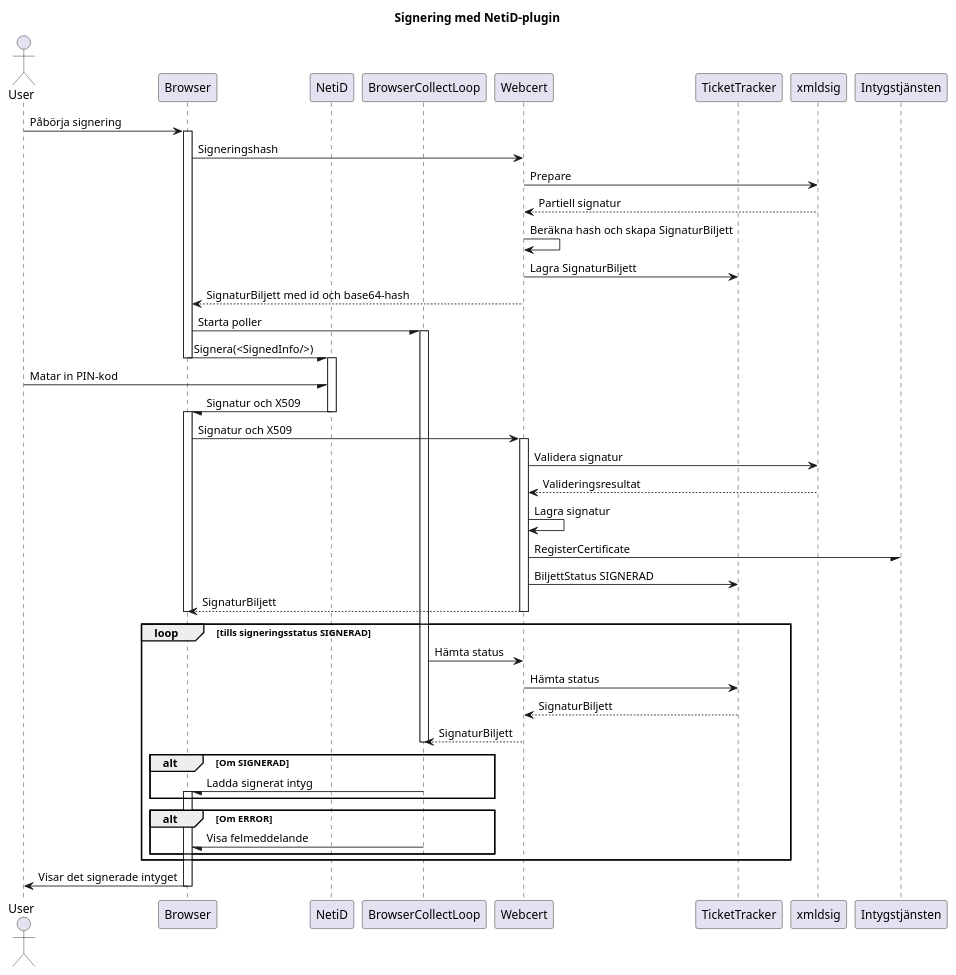
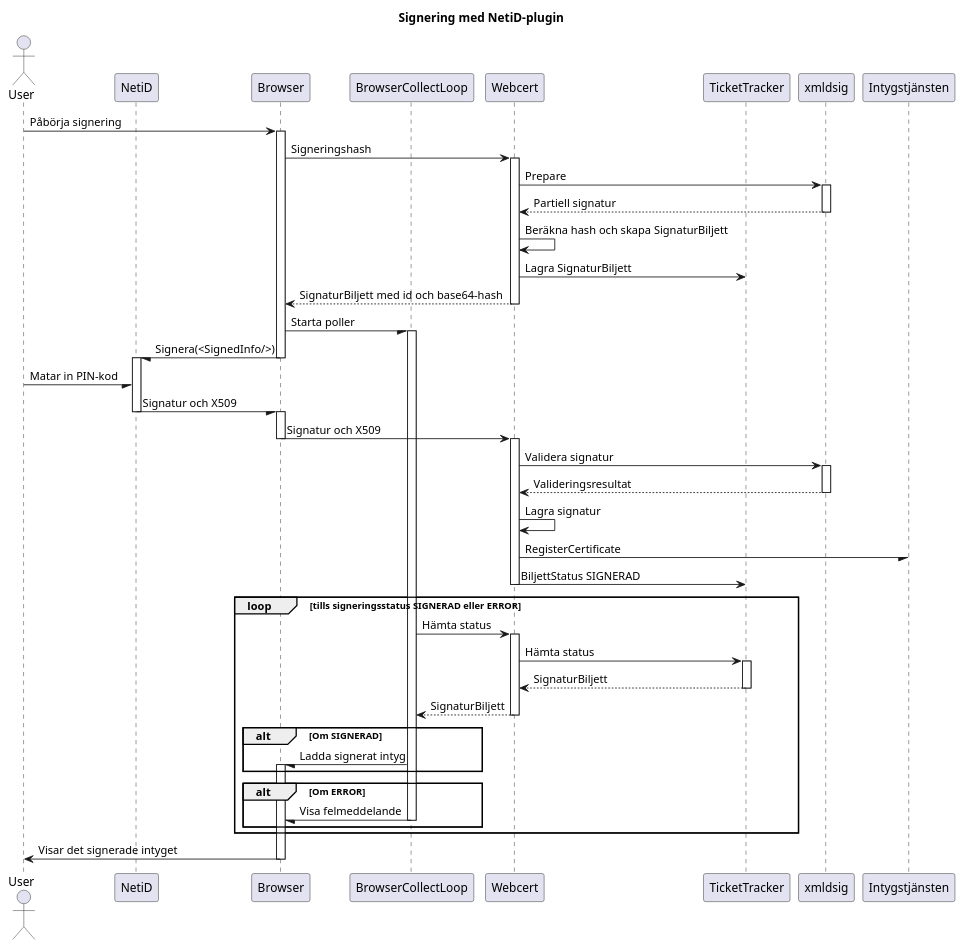
Before and after one commit to sklintyg/webcert: the diagram in docs/plantuml/net-id-sign.puml, drawn with PlantUML. The commit also changed 3 other files, not shown here.

```diff
--- a/docs/plantuml/net-id-sign.puml
+++ b/docs/plantuml/net-id-sign.puml
@@ -1,67 +1,79 @@
 @startuml
 title Signering med NetiD-plugin
 actor User
+participant NetiD
 participant Browser
-participant NetiD
+
 participant BrowserCollectLoop
 
 participant Webcert
 participant TicketTracker
 participant xmldsig
 participant Intygstjänsten
 
 User -> Browser: Påbörja signering
 activate Browser
 Browser -> Webcert: Signeringshash
-
+activate Webcert
 Webcert -> xmldsig: Prepare
+activate xmldsig
 xmldsig --> Webcert: Partiell signatur
+deactivate xmldsig
 Webcert -> Webcert: Beräkna hash och skapa SignaturBiljett
 Webcert -> TicketTracker: Lagra SignaturBiljett
 Webcert --> Browser: SignaturBiljett med id och base64-hash
+deactivate Webcert
 Browser -/ BrowserCollectLoop: Starta poller
 
 activate BrowserCollectLoop
 Browser -/ NetiD: Signera(<SignedInfo/>)
 deactivate Browser
 activate NetiD
 User -/ NetiD: Matar in PIN-kod
 NetiD -/ Browser: Signatur och X509
 deactivate NetiD
 
 activate Browser
 Browser -> Webcert: Signatur och X509
+deactivate Browser
+
 activate Webcert
 Webcert -> xmldsig: Validera signatur
+activate xmldsig
 xmldsig --> Webcert: Valideringsresultat
+deactivate xmldsig
 Webcert -> Webcert: Lagra signatur
 Webcert -/ Intygstjänsten: RegisterCertificate
 Webcert -> TicketTracker: BiljettStatus SIGNERAD
-Webcert --> Browser: SignaturBiljett
+
 deactivate Webcert
-deactivate Browser
 
 
-loop tills signeringsstatus SIGNERAD
-
+loop tills signeringsstatus SIGNERAD eller ERROR
 
 BrowserCollectLoop -> Webcert: Hämta status
+activate Webcert
 Webcert -> TicketTracker: Hämta status
+activate TicketTracker
 TicketTracker --> Webcert: SignaturBiljett
+deactivate TicketTracker
 Webcert --> BrowserCollectLoop: SignaturBiljett
-deactivate BrowserCollectLoop
+deactivate Webcert
+
 
 alt Om SIGNERAD
 
 BrowserCollectLoop -/ Browser: Ladda signerat intyg
 activate Browser
 end alt
 alt Om ERROR
 BrowserCollectLoop -/ Browser: Visa felmeddelande
+deactivate BrowserCollectLoop
 end alt
 
 
 end loop
+
 Browser -> User: Visar det signerade intyget
 deactivate Browser
 @enduml
```
